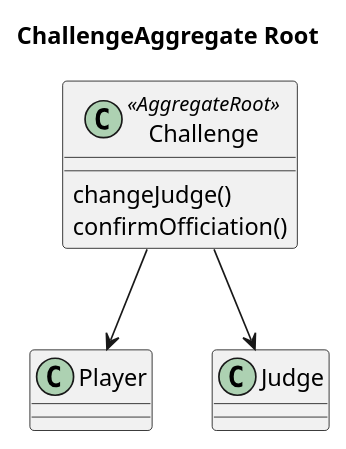
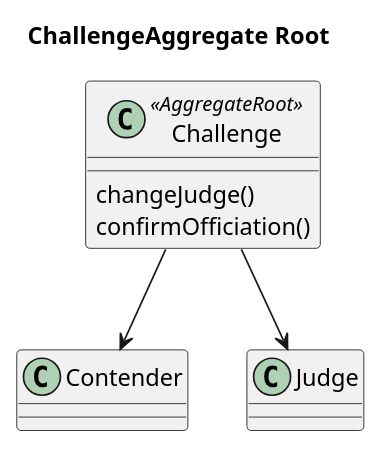
One commit to tokilabs/atqr changed the second of 2 diagrams in libs/atqr/domain/src/lib/domain-spec/notes/Domain Driven Design Summary.md. Above: the diagram before and after it, drawn with PlantUML. The commit also changed other lines of this file and 7 other files, not shown here.

````diff
--- a/libs/atqr/domain/src/lib/domain-spec/notes/Domain Driven Design Summary.md
+++ b/libs/atqr/domain/src/lib/domain-spec/notes/Domain Driven Design Summary.md
@@ -64,20 +64,20 @@
 ```plantuml
 @startuml ChallengeAggregateRoot
 title ChallengeAggregate Root
 
 class Challenge <<AggregateRoot>> {
   changeJudge()
   confirmOfficiation()
 
 }
 
-class Player  {
+class Contender  {
 
 }
 
 class Judge
 
-Challenge --> Player
+Challenge --> Contender
 Challenge --> Judge
 @enduml
 ```
````
